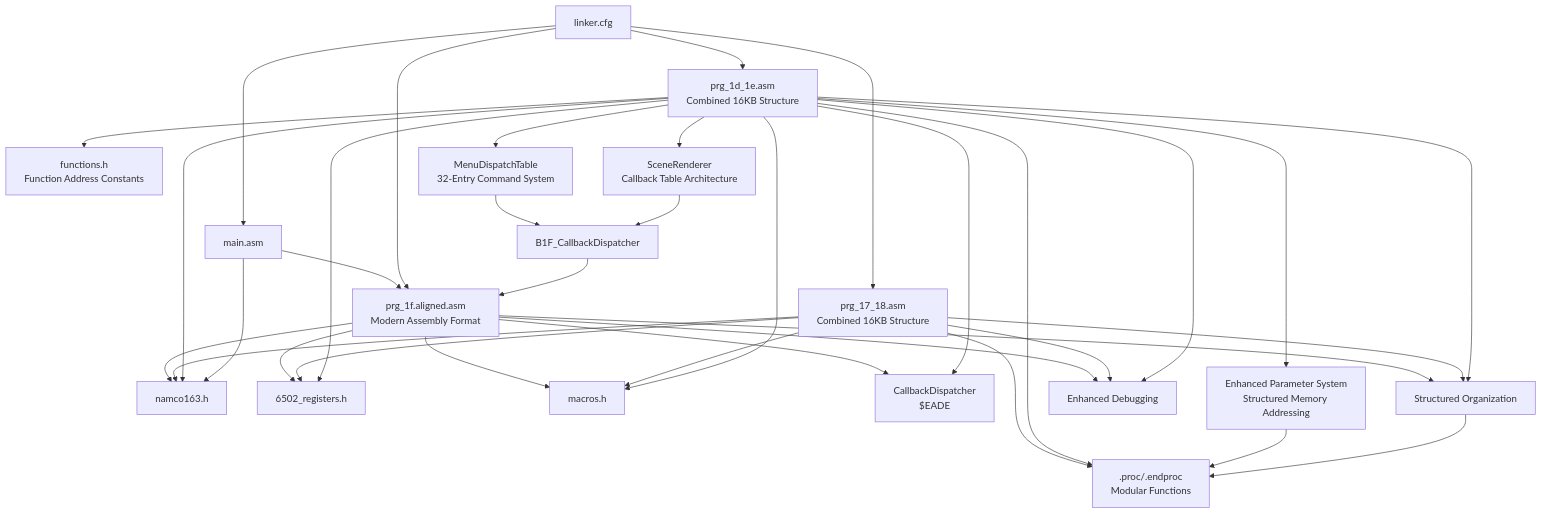
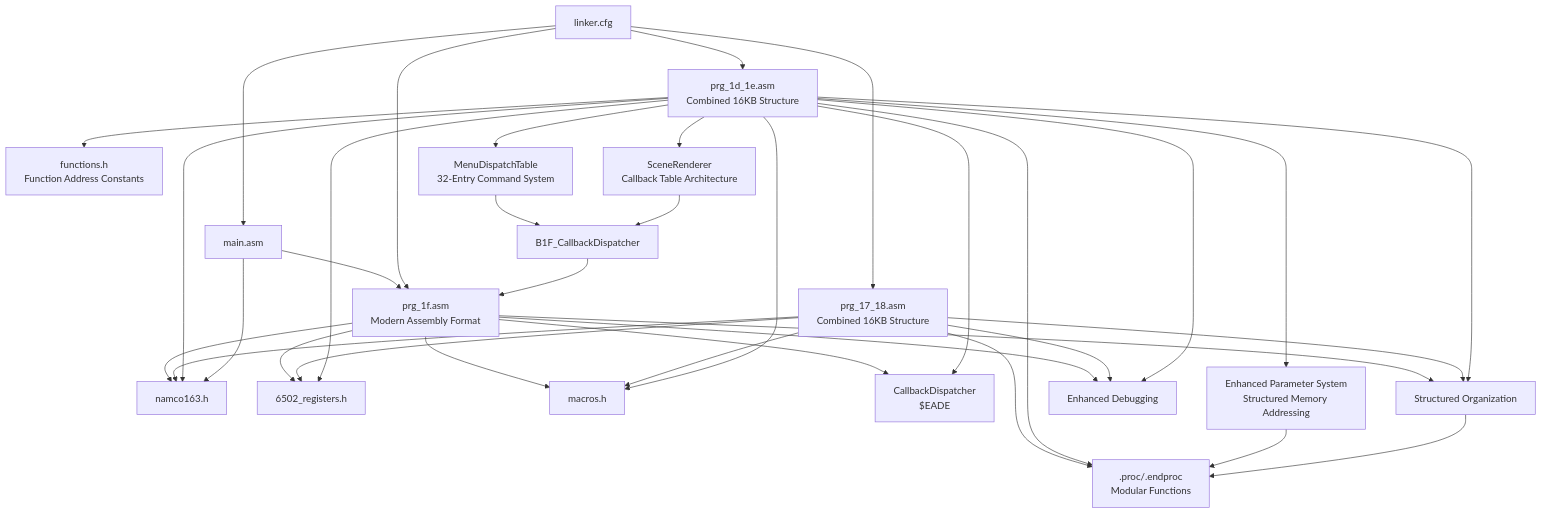
Diagram 14 of 14 in .qoder/repowiki/en/content/Assembly Architecture/Assembly Architecture.md (rabbyzero/sango2dasm), drawn with Mermaid before and after one commit. The commit also changed other lines of this file and 31 other files, not shown here.

Commit message:
prg bank $0a $0b WIP. rename prg_1f.aligned.asm to prg_1f.asm.

````diff
--- a/.qoder/repowiki/en/content/Assembly Architecture/Assembly Architecture.md
+++ b/.qoder/repowiki/en/content/Assembly Architecture/Assembly Architecture.md
@@ -997,37 +997,37 @@
 ```mermaid
 graph TB
-ALIGNED["prg_1f.aligned.asm<br/>Modern Assembly Format"] --> NAMCO["namco163.h"]
+ALIGNED["prg_1f.asm<br/>Modern Assembly Format"] --> NAMCO["namco163.h"]
 ALIGNED --> REGS["6502_registers.h"]
 ALIGNED --> MACROS["macros.h"]
 ALIGNED --> CALLBACKDISP["CallbackDispatcher<br/>$EADE"]
 COMBINED17_18["prg_17_18.asm<br/>Combined 16KB Structure"] --> NAMCO
 COMBINED17_18 --> REGS
 COMBINED17_18 --> MACROS
 COMBINED1D_1E["prg_1d_1e.asm<br/>Combined 16KB Structure"] --> NAMCO
 COMBINED1D_1E --> REGS
 COMBINED1D_1E --> MACROS
 COMBINED1D_1E --> FUNCTIONS["functions.h<br/>Function Address Constants"]
 COMBINED1D_1E --> PARAMSYS["Enhanced Parameter System<br/>Structured Memory Addressing"]
 COMBINED1D_1E --> MENUDISPATCH["MenuDispatchTable<br/>32-Entry Command System"]
 COMBINED1D_1E --> SCENERENDERER["SceneRenderer<br/>Callback Table Architecture"]
 COMBINED1D_1E --> CALLBACKDISP
 MAIN["main.asm"] --> ALIGNED
 MAIN --> NAMCO
 LCFG["linker.cfg"] --> ALIGNED
 LCFG --> COMBINED17_18
 LCFG --> COMBINED1D_1E
 LCFG --> MAIN
 ALIGNED --> STRUCT["Structured Organization"]
 COMBINED17_18 --> STRUCT
 COMBINED1D_1E --> STRUCT
 ALIGNED --> DEBUG["Enhanced Debugging"]
 COMBINED17_18 --> DEBUG
 COMBINED1D_1E --> DEBUG
 COMBINED17_18 --> PROC[".proc/.endproc<br/>Modular Functions"]
 COMBINED1D_1E --> PROC
 PARAMSYS --> PROC
 STRUCT --> PROC
 MENUDISPATCH --> CALLBACKEVAL["B1F_CallbackDispatcher"]
 SCENERENDERER --> CALLBACKEVAL
 CALLBACKEVAL --> ALIGNED
 ```
````
